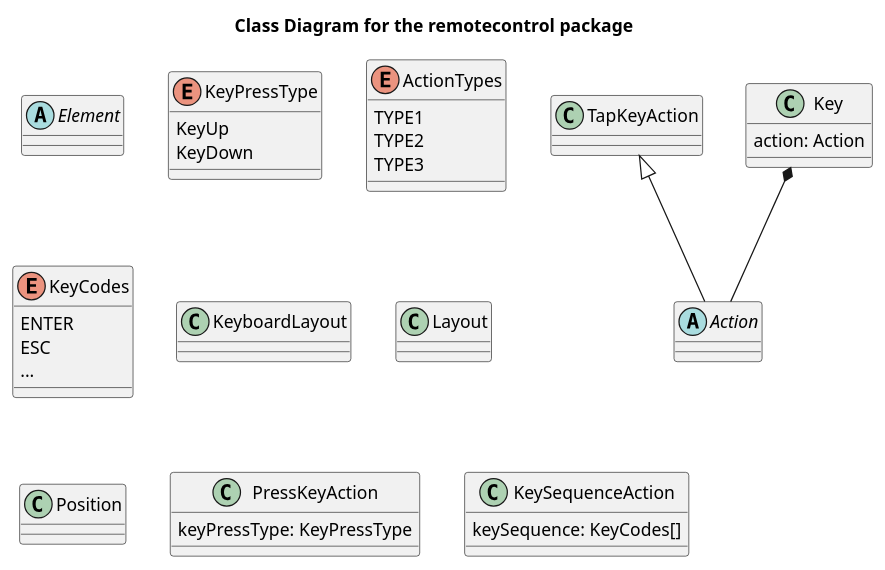
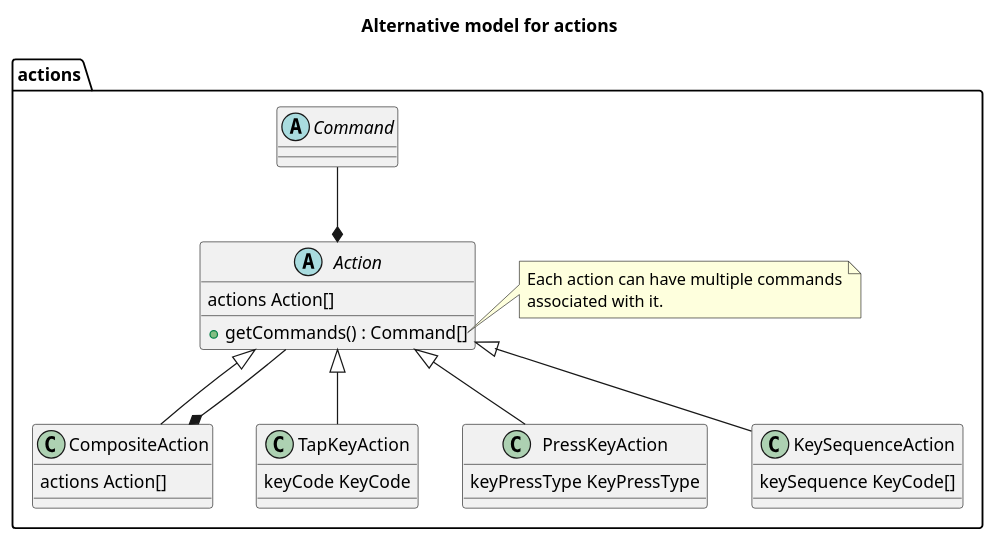
Before and after one commit to falleng0d/remoteinputserver: the third of 3 diagrams in architecture/model.puml, drawn with PlantUML. The commit also changed other lines of this file, not shown here.

Commit message:
model.puml and keyboard_layout.yaml

```diff
--- a/architecture/model.puml
+++ b/architecture/model.puml
@@ -51,58 +144,41 @@
 @startuml
+title Alternative model for actions
 
-title Class Diagram for the remotecontrol package
+package actions {
+	'action is the base class for all actions
+	abstract class Command {}
 
-'Interfaces & abstract classes
-abstract class Element
-abstract class Action
+	abstract class Action {
+		actions Action[]
+		+getCommands() : Command[]
+	}
+	note right of Action::getCommands
+		Each action can have multiple commands
+		associated with it.
+	end note
 
-'Enums
-enum KeyPressType {
-	KeyUp
-	KeyDown
-}
-enum ActionTypes {
-	TYPE1
-	TYPE2
-	TYPE3
-}
-enum KeyCodes {
-	ENTER
-	ESC
-	...
+	class CompositeAction {
+		actions Action[]
+	}
+
+	class TapKeyAction {
+		keyCode KeyCode
+	}
+
+	class PressKeyAction {
+		keyPressType KeyPressType
+	}
+
+	class KeySequenceAction {
+		keySequence KeyCode[]
+	}
+
+  Action <|-- TapKeyAction
+  Action <|-- PressKeyAction
+  Action <|-- KeySequenceAction
+  Action <|-- CompositeAction
+  Command --* Action
+  Action --* CompositeAction
 }
 
-'Classes
-class KeyboardLayout {
-
-}
-
-class Layout {
-
-}
-
-class Position {
-
-}
-
-class TapKeyAction {}
-
-class PressKeyAction {
-	keyPressType: KeyPressType
-}
-
-class KeySequenceAction {
-	keySequence: KeyCodes[]
-}
-
-class Key {
-	action: Action
-}
-
-'Relationships
-TapKeyAction <|-- Action
-Key *-- Action
-
-
-
 @enduml
```
